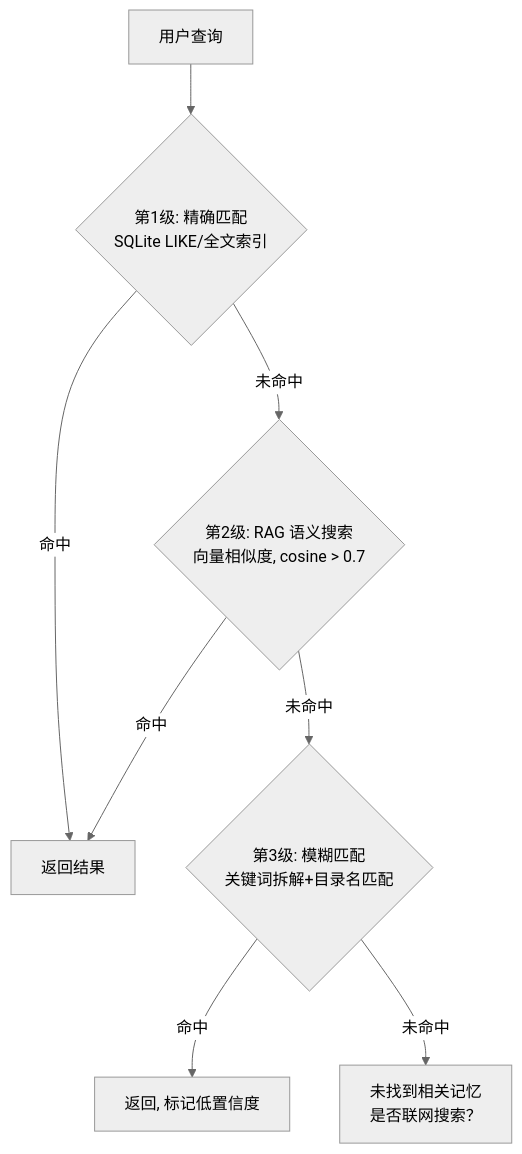
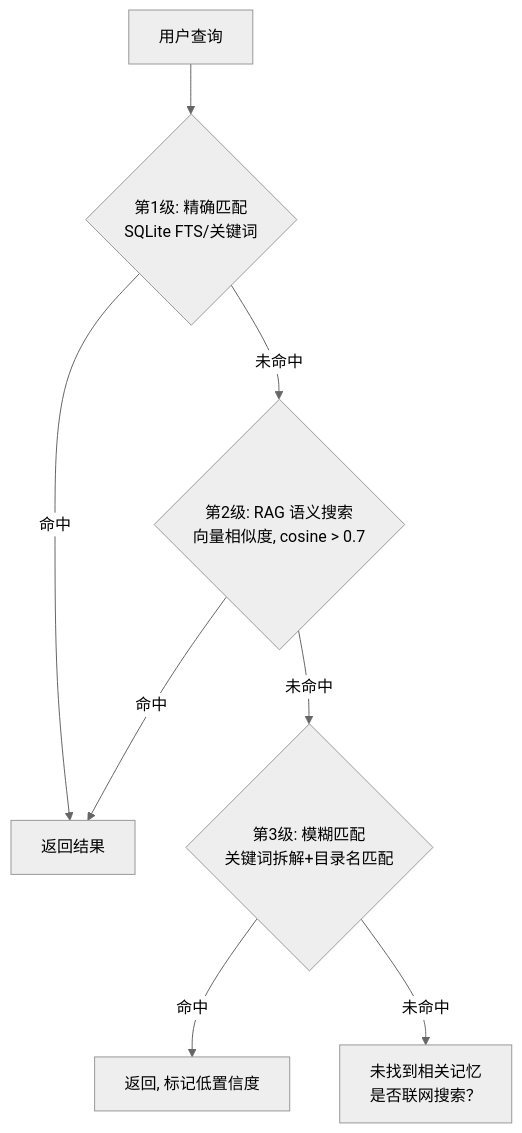
One commit to LingNc/aicli changed the fifth of 9 diagrams in docs/plan.md. Above: the diagram before and after it, drawn with Mermaid (neutral theme). The commit also changed other lines of this file, not shown here.

````diff
--- a/docs/plan.md
+++ b/docs/plan.md
@@ -446,10 +514,10 @@
 ```mermaid
 flowchart TD
-    Q["用户查询"] --> L1{"第1级: 精确匹配<br/>SQLite LIKE/全文索引"}
+    Q["用户查询"] --> L1{"第1级: 精确匹配<br/>SQLite FTS/关键词"}
     L1 -->|命中| R[返回结果]
     L1 -->|未命中| L2{"第2级: RAG 语义搜索<br/>向量相似度, cosine > 0.7"}
     L2 -->|命中| R
     L2 -->|未命中| L3{"第3级: 模糊匹配<br/>关键词拆解+目录名匹配"}
     L3 -->|命中| R2[返回, 标记低置信度]
     L3 -->|未命中| L4["未找到相关记忆<br/>是否联网搜索？"]
 ```
````
